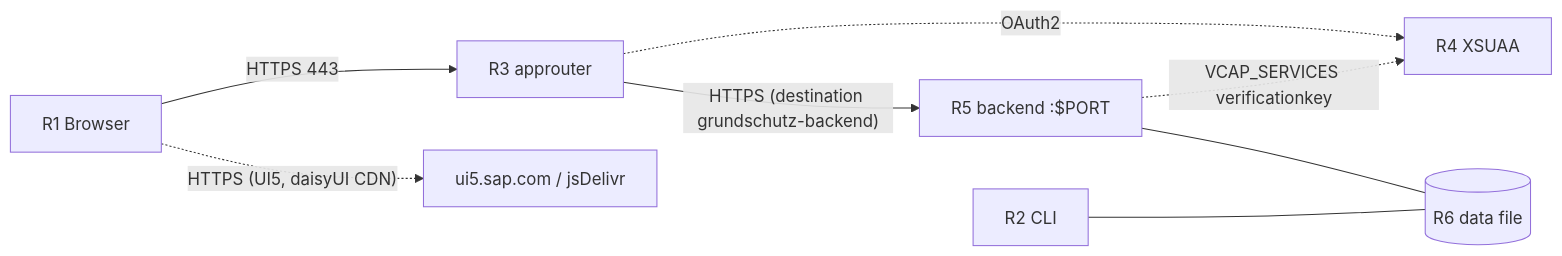
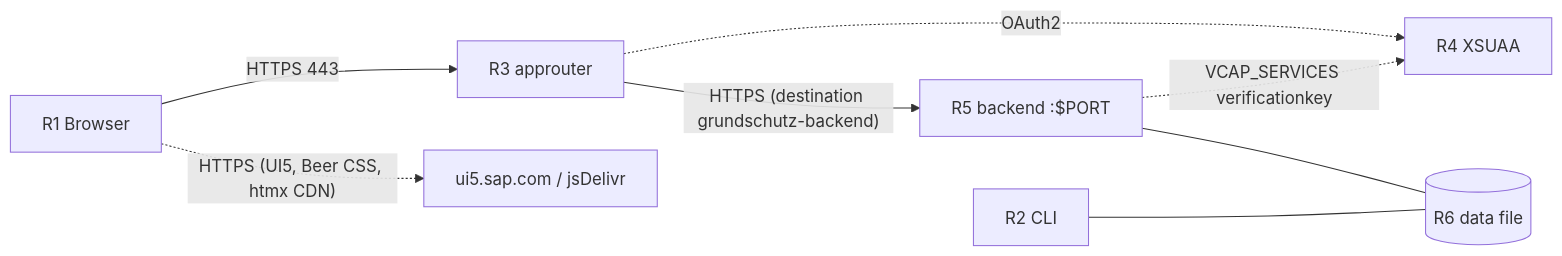
The eighth of 8 diagrams in nafv4.md (UIMSolutions/neko-grundschutz), drawn with Mermaid before and after one commit. The commit also changed 46 other files, not shown here.

````diff
--- a/nafv4.md
+++ b/nafv4.md
@@ -387,10 +387,10 @@
 ```mermaid
 flowchart LR
   R1["R1 Browser"] -- "HTTPS 443" --> R3["R3 approuter"]
   R3 -- "HTTPS (destination grundschutz-backend)" --> R5["R5 backend :$PORT"]
   R3 -. "OAuth2" .-> R4["R4 XSUAA"]
   R5 -. "VCAP_SERVICES verificationkey" .-> R4
   R5 --- R6[("R6 data file")]
   R2["R2 CLI"] --- R6
-  R1 -. "HTTPS (UI5, daisyUI CDN)" .-> CDN["ui5.sap.com / jsDelivr"]
+  R1 -. "HTTPS (UI5, Beer CSS, htmx CDN)" .-> CDN["ui5.sap.com / jsDelivr"]
 ```
````
